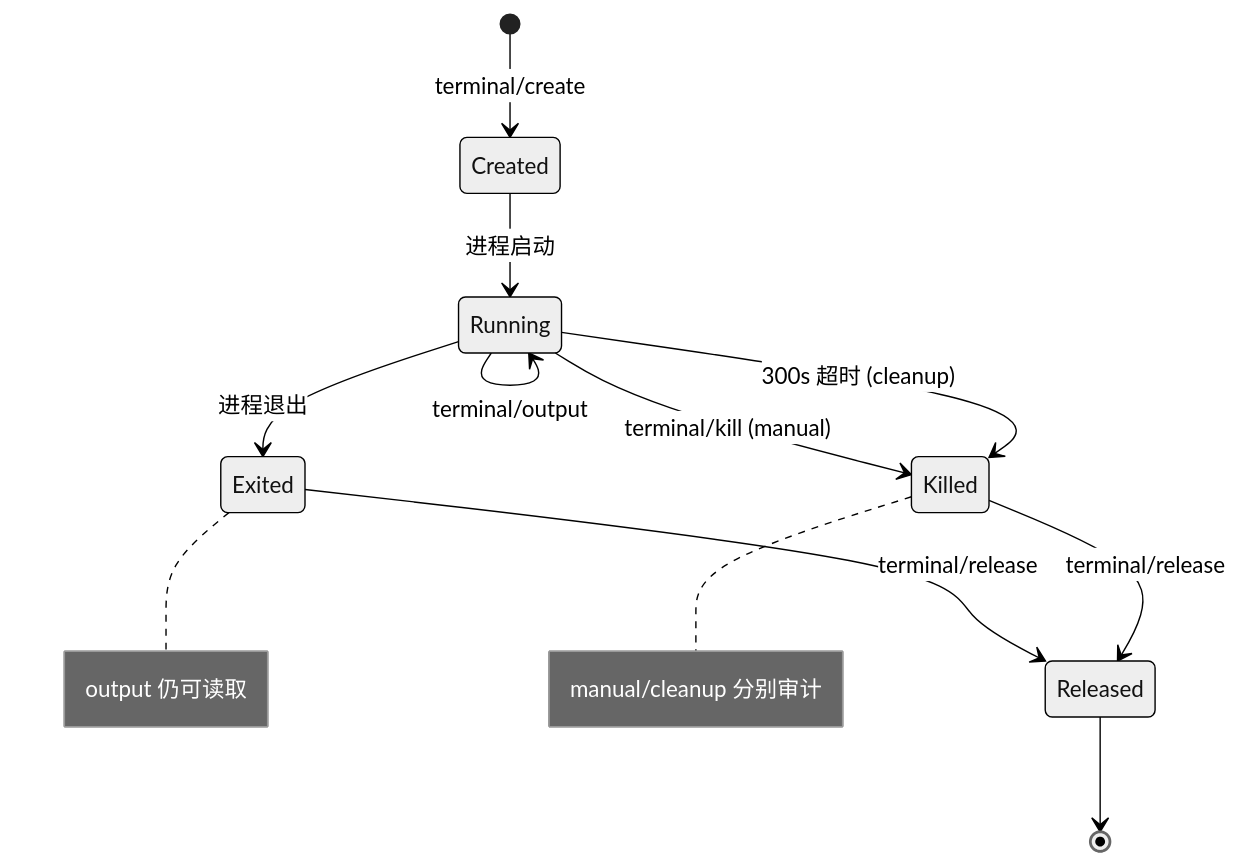
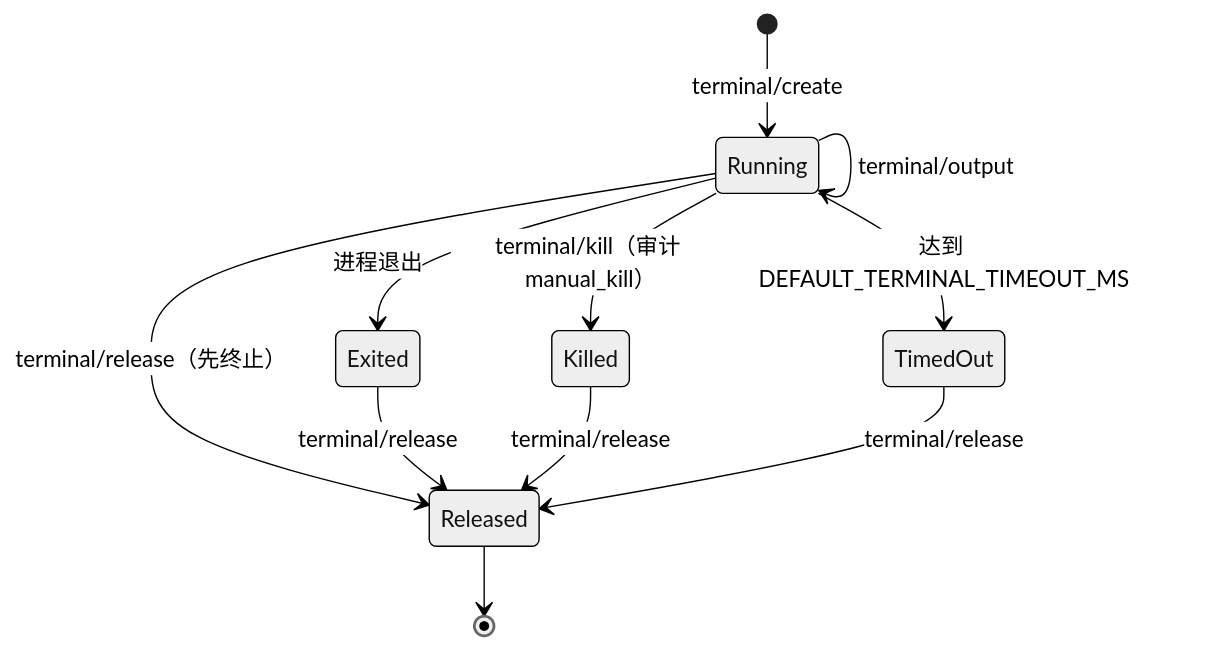
The second of 2 diagrams in agentloom-docs/dev/server/acp.md (Lynricsy/AgentLoom), drawn with Mermaid (neutral theme) before and after one commit. The commit also changed other lines of this file and 10 other files, not shown here.

````diff
--- a/agentloom-docs/dev/server/acp.md
+++ b/agentloom-docs/dev/server/acp.md
@@ -275,15 +127,13 @@
 ```mermaid
 stateDiagram-v2
-    [*] --> Created: terminal/create
-    Created --> Running: 进程启动
+    [*] --> Running: terminal/create
     Running --> Running: terminal/output
     Running --> Exited: 进程退出
-    Running --> Killed: terminal/kill (manual)
-    Running --> Killed: 300s 超时 (cleanup)
+    Running --> Killed: terminal/kill（审计 manual_kill）
+    Running --> TimedOut: 达到 DEFAULT_TERMINAL_TIMEOUT_MS
+    Running --> Released: terminal/release（先终止）
     Exited --> Released: terminal/release
     Killed --> Released: terminal/release
+    TimedOut --> Released: terminal/release
     Released --> [*]
-
-    note right of Exited: output 仍可读取
-    note right of Killed: manual/cleanup 分别审计
 ```
````
